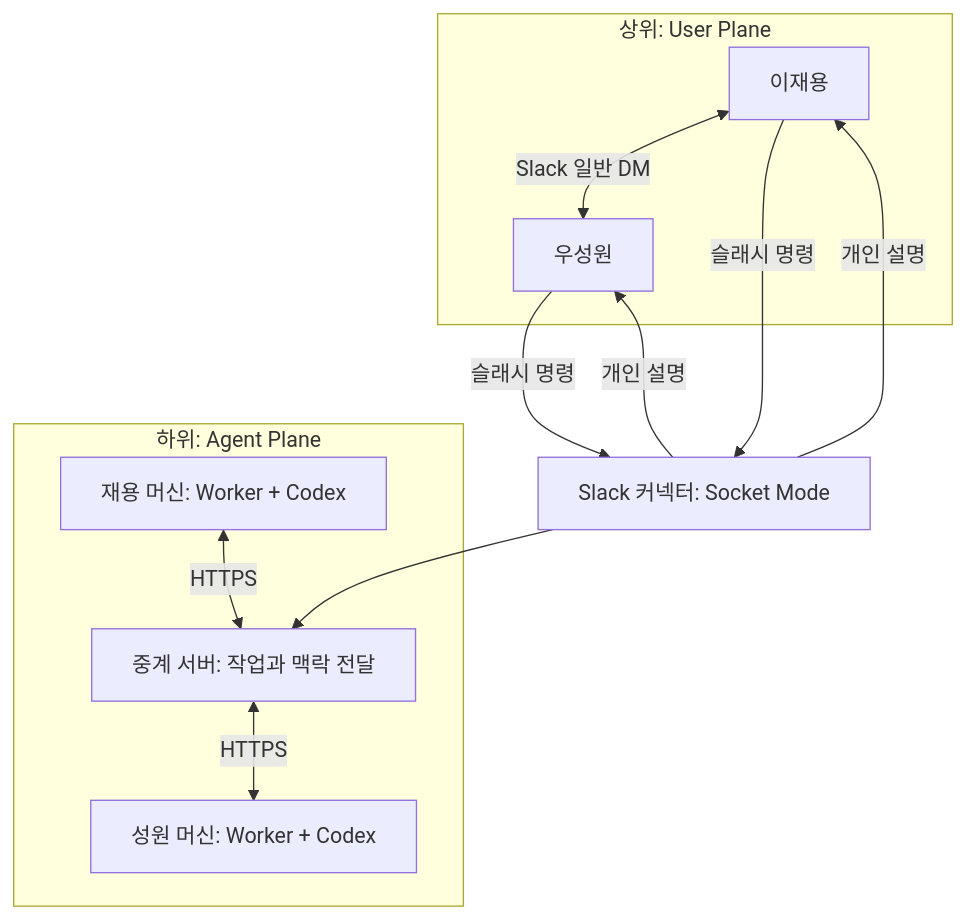
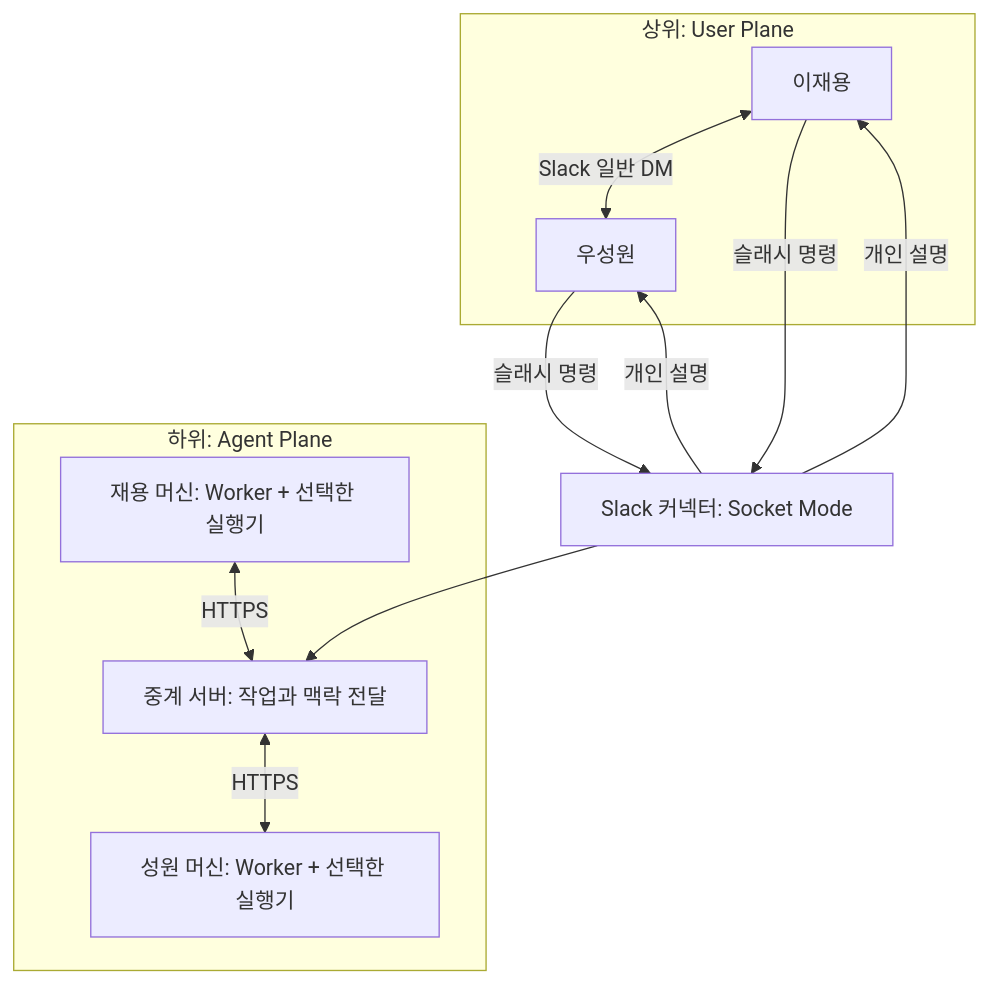
The diagram in README.md (vpfkfl753/ict_aws), drawn with Mermaid before and after one commit. The commit also changed other lines of this file and 14 other files, not shown here.

````diff
--- a/README.md
+++ b/README.md
@@ -18,15 +18,15 @@
 ```mermaid
 flowchart TB
   subgraph user[상위: User Plane]
     A[이재용] <-->|Slack 일반 DM| B[우성원]
   end
   subgraph agent[하위: Agent Plane]
-    WA[재용 머신: Worker + Codex] <-->|HTTPS| R[중계 서버: 작업과 맥락 전달]
-    R <-->|HTTPS| WB[성원 머신: Worker + Codex]
+    WA[재용 머신: Worker + 선택한 실행기] <-->|HTTPS| R[중계 서버: 작업과 맥락 전달]
+    R <-->|HTTPS| WB[성원 머신: Worker + 선택한 실행기]
   end
   S[Slack 커넥터: Socket Mode] --> R
   A -->|슬래시 명령| S
   B -->|슬래시 명령| S
   S -->|개인 설명| A
   S -->|개인 설명| B
 ```
````
